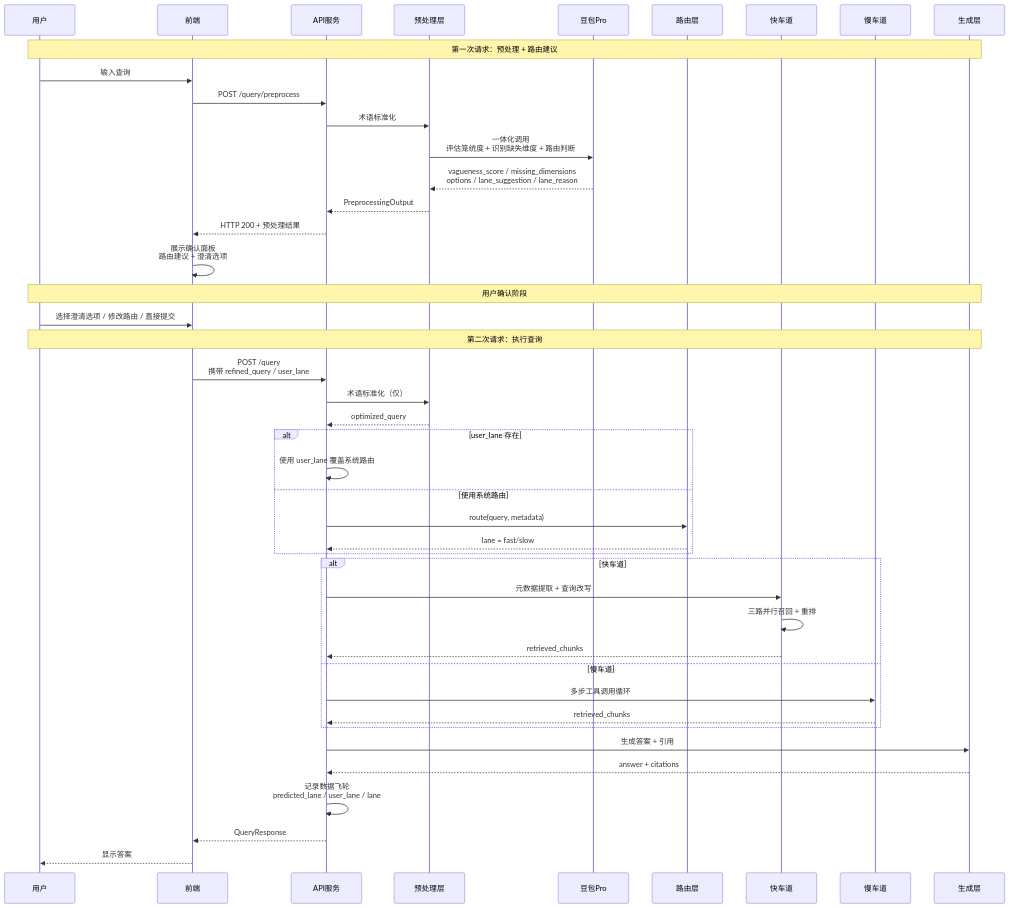
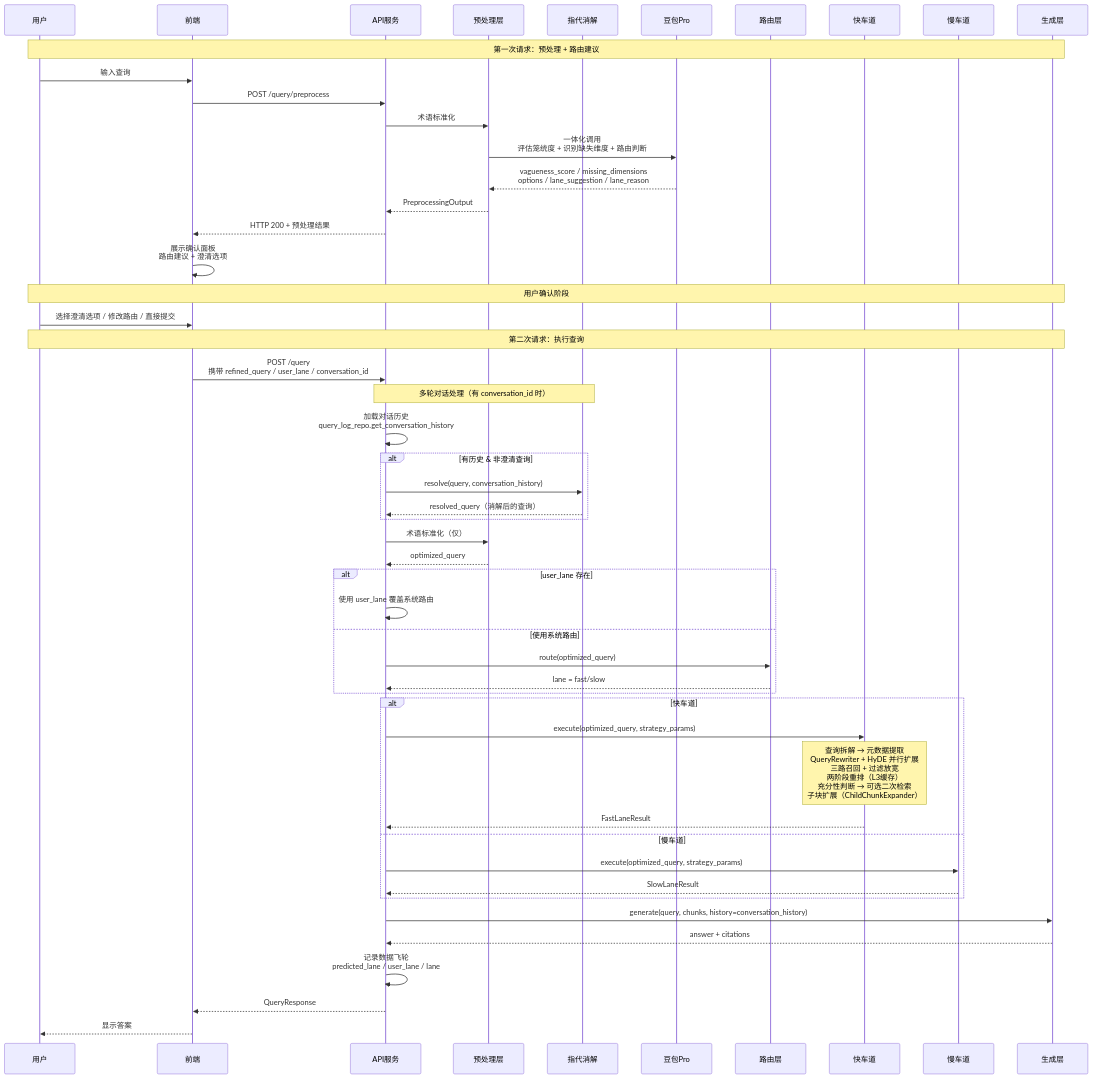
One commit to JohnnyNg10/eletric_rag changed the third of 11 diagrams in docs/architecture/flows/16-业务流程图.md. Above: the diagram before and after it, drawn with Mermaid. The commit also changed other lines of this file and 41 other files, not shown here.

````diff
--- a/docs/architecture/flows/16-业务流程图.md
+++ b/docs/architecture/flows/16-业务流程图.md
@@ -51,52 +96,61 @@
 ```mermaid
 sequenceDiagram
     participant User as 用户
     participant Frontend as 前端
     participant API as API服务
     participant Preprocessor as 预处理层
+    participant CorefResolver as 指代消解
     participant LLM as 豆包Pro
     participant Router as 路由层
     participant FastLane as 快车道
     participant SlowLane as 慢车道
     participant Generator as 生成层
 
     Note over User,Generator: 第一次请求：预处理 + 路由建议
     User->>Frontend: 输入查询
     Frontend->>API: POST /query/preprocess
     API->>Preprocessor: 术语标准化
     Preprocessor->>LLM: 一体化调用<br/>评估笼统度 + 识别缺失维度 + 路由判断
     LLM-->>Preprocessor: vagueness_score / missing_dimensions<br/>options / lane_suggestion / lane_reason
     Preprocessor-->>API: PreprocessingOutput
     API-->>Frontend: HTTP 200 + 预处理结果
     Frontend->>Frontend: 展示确认面板<br/>路由建议 + 澄清选项
     
     Note over User,Generator: 用户确认阶段
     User->>Frontend: 选择澄清选项 / 修改路由 / 直接提交
     
     Note over User,Generator: 第二次请求：执行查询
-    Frontend->>API: POST /query<br/>携带 refined_query / user_lane
+    Frontend->>API: POST /query<br/>携带 refined_query / user_lane / conversation_id
+    
+    Note over API,CorefResolver: 多轮对话处理（有 conversation_id 时）
+    API->>API: 加载对话历史<br/>query_log_repo.get_conversation_history
+    alt 有历史 & 非澄清查询
+        API->>CorefResolver: resolve(query, conversation_history)
+        CorefResolver-->>API: resolved_query（消解后的查询）
+    end
+    
     API->>Preprocessor: 术语标准化（仅）
     Preprocessor-->>API: optimized_query
     
     alt user_lane 存在
         API->>API: 使用 user_lane 覆盖系统路由
     else 使用系统路由
-        API->>Router: route(query, metadata)
+        API->>Router: route(optimized_query)
         Router-->>API: lane = fast/slow
     end
     
     alt 快车道
-        API->>FastLane: 元数据提取 + 查询改写
-        FastLane->>FastLane: 三路并行召回 + 重排
-        FastLane-->>API: retrieved_chunks
+        API->>FastLane: execute(optimized_query, strategy_params)
+        Note over FastLane: 查询拆解 → 元数据提取<br/>QueryRewriter + HyDE 并行扩展<br/>三路召回 + 过滤放宽<br/>两阶段重排（L3缓存）<br/>充分性判断 → 可选二次检索<br/>子块扩展（ChildChunkExpander）
+        FastLane-->>API: FastLaneResult
     else 慢车道
-        API->>SlowLane: 多步工具调用循环
-        SlowLane-->>API: retrieved_chunks
+        API->>SlowLane: execute(optimized_query, strategy_params)
+        SlowLane-->>API: SlowLaneResult
     end
     
-    API->>Generator: 生成答案 + 引用
+    API->>Generator: generate(query, chunks, history=conversation_history)
     Generator-->>API: answer + citations
     API->>API: 记录数据飞轮<br/>predicted_lane / user_lane / lane
     API-->>Frontend: QueryResponse
     Frontend-->>User: 显示答案
 ```
````
